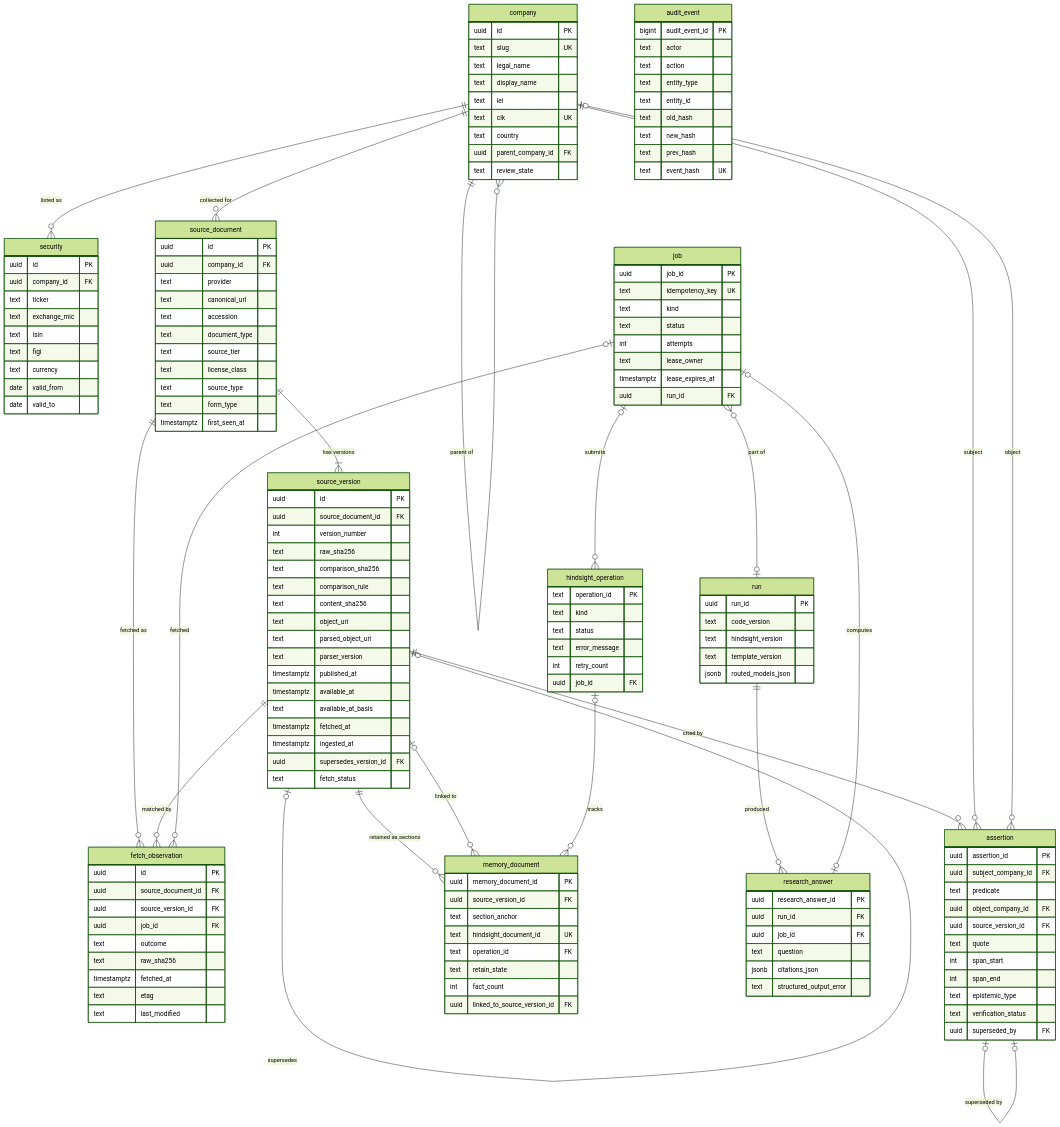
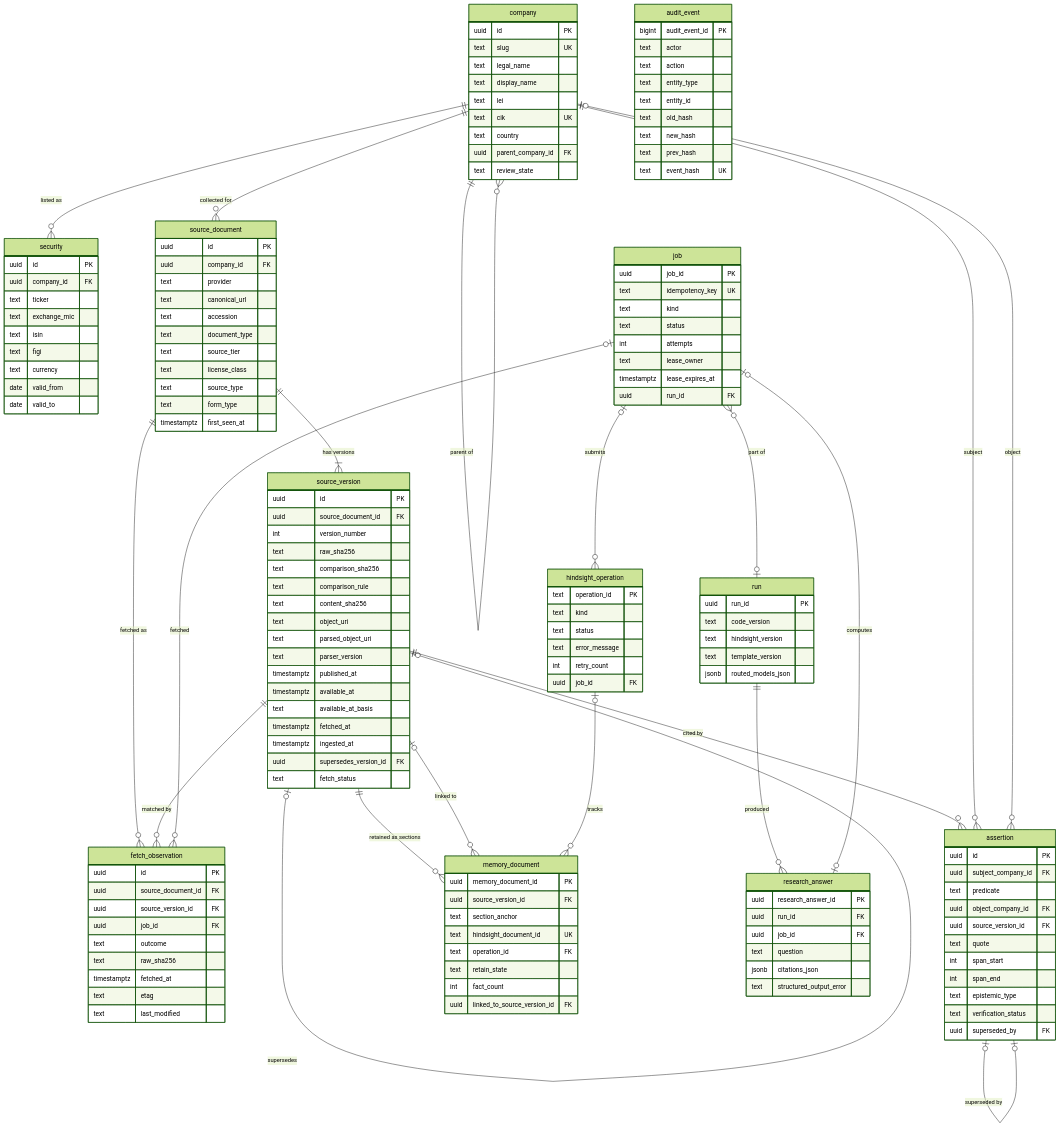
Before and after one commit to ekenheim/atlas: the diagram in docs/data-model.md, drawn with Mermaid (forest theme). The commit also changed other lines of this file and 11 other files, not shown here.

```diff
--- a/docs/data-model.md
+++ b/docs/data-model.md
@@ -418,7 +425,7 @@
     text last_modified
   }
   assertion {
-    uuid assertion_id PK
+    uuid id PK
     uuid subject_company_id FK
     text predicate
     uuid object_company_id FK
```
